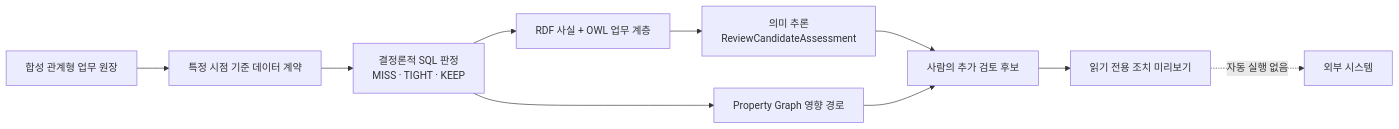
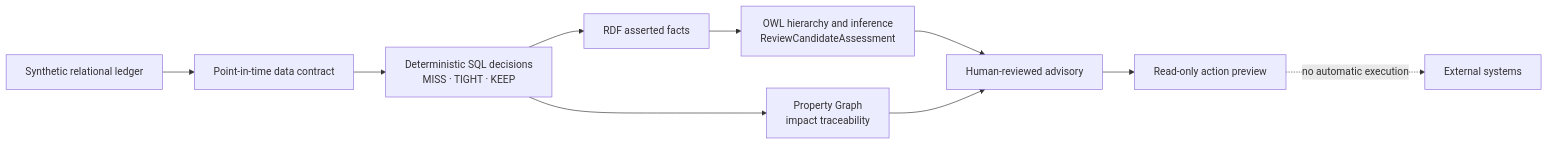
Before and after one commit to minjimkim/maritime-actionable-ontology-demo: the first of 2 diagrams in README.md, drawn with Mermaid. The commit also changed other lines of this file, not shown here.

````diff
--- a/README.md
+++ b/README.md
@@ -32,12 +32,12 @@
 ```mermaid
 flowchart LR
-  R["합성 관계형 업무 원장"] --> P["특정 시점 기준 데이터 계약"]
-  P --> D["결정론적 SQL 판정<br/>MISS · TIGHT · KEEP"]
-  D --> S["RDF 사실 + OWL 업무 계층"]
-  S --> I["의미 추론<br/>ReviewCandidateAssessment"]
-  D --> G["Property Graph 영향 경로"]
-  I --> H["사람의 추가 검토 후보"]
+  R["Synthetic relational ledger"] --> P["Point-in-time data contract"]
+  P --> D["Deterministic SQL decisions<br/>MISS · TIGHT · KEEP"]
+  D --> S["RDF asserted facts"]
+  S --> O["OWL hierarchy and inference<br/>ReviewCandidateAssessment"]
+  D --> G["Property Graph<br/>impact traceability"]
+  O --> H["Human-reviewed advisory"]
   G --> H
-  H --> A["읽기 전용 조치 미리보기"]
-  A -. "자동 실행 없음" .-> X["외부 시스템"]
+  H --> A["Read-only action preview"]
+  A -. "no automatic execution" .-> X["External systems"]
 ```
````
